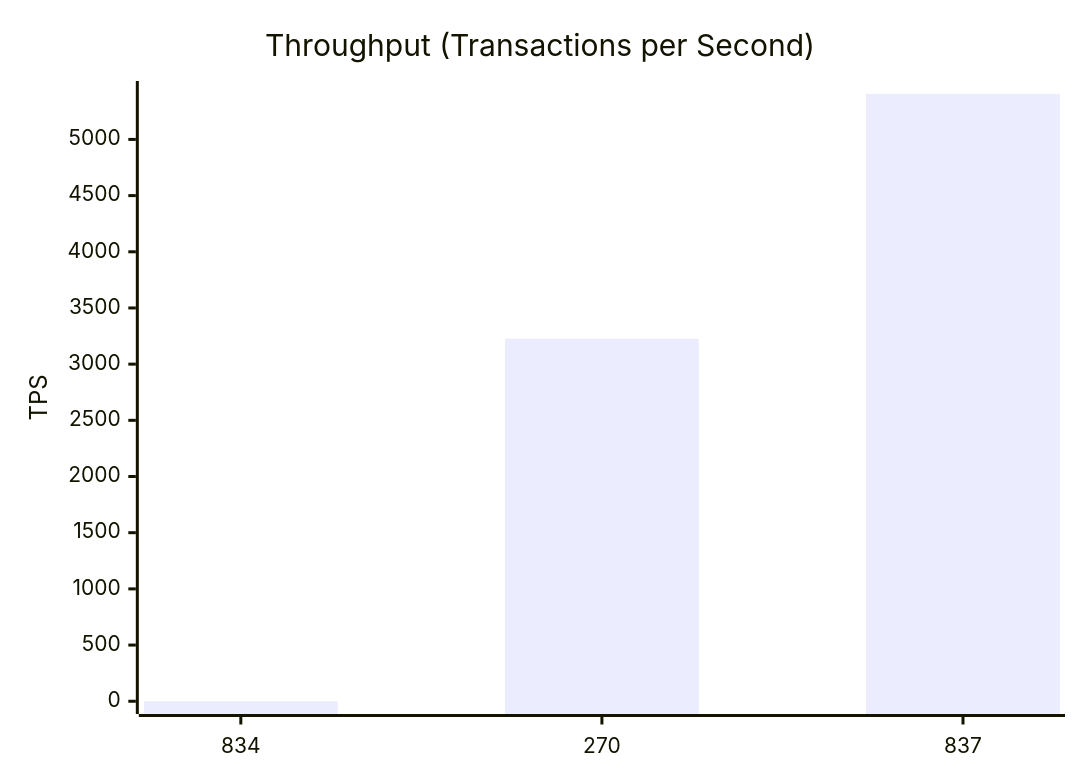
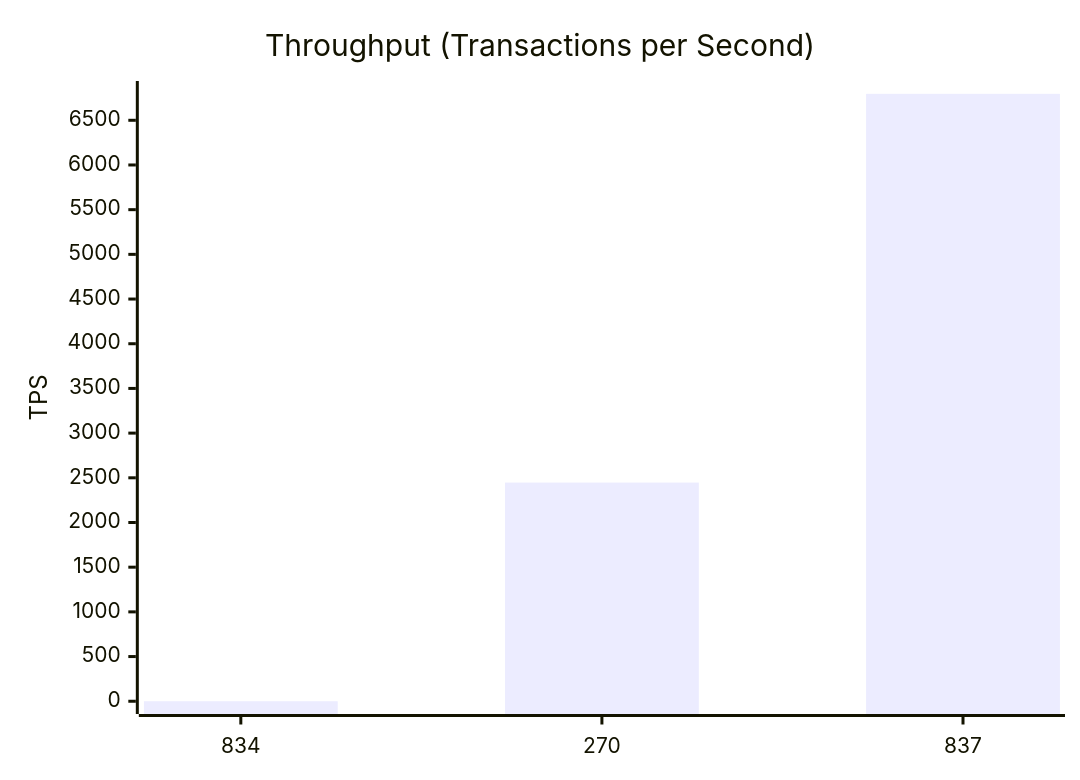
The second of 10 diagrams in test-tools/DataGen/src/Statistics_Visualizer.md (dhagan-va/intern-2025), drawn with Mermaid before and after one commit. The commit also changed other lines of this file and 2 other files, not shown here.

````diff
--- a/test-tools/DataGen/src/Statistics_Visualizer.md
+++ b/test-tools/DataGen/src/Statistics_Visualizer.md
@@ -28,7 +28,7 @@
 ```mermaid
 xychart-beta
     title "Throughput (Transactions per Second)"
     x-axis ["834", "270", "837"]
-    y-axis "TPS" 0 --> 5406.405405405406
-    bar [0.0, 3225.7023966968804, 5405.405405405406]
+    y-axis "TPS" 0 --> 6796.9179034934195
+    bar [0.0, 2446.722615057131, 6795.9179034934195]
 ```
````
